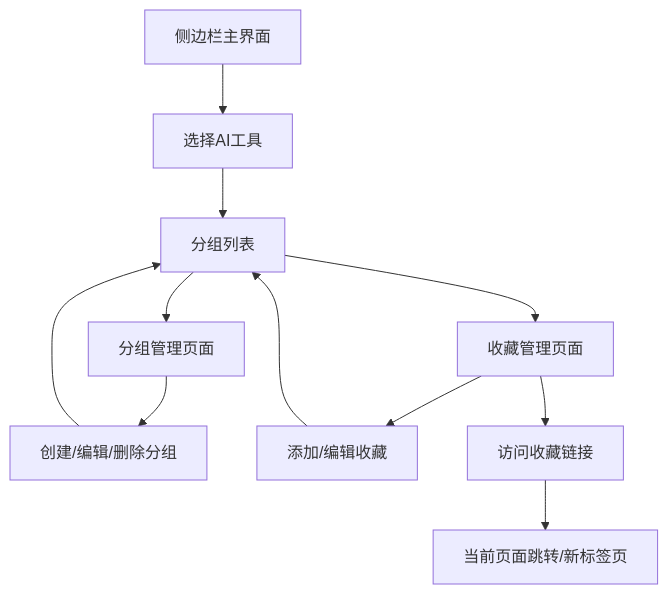
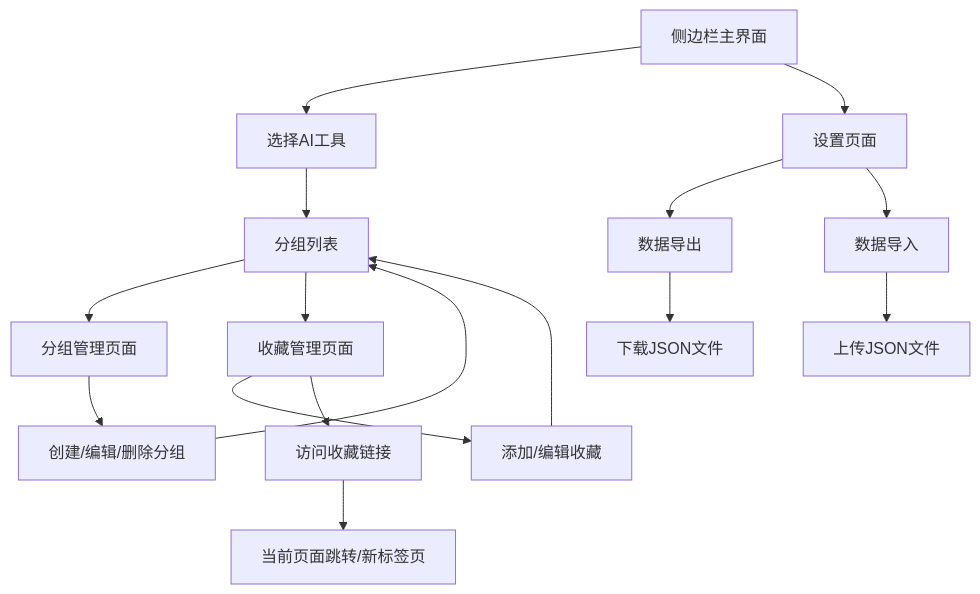
Before and after one commit to itchaox/AIChatGroup: the diagram in .trae/documents/AI工具分组管理插件需求文档.md, drawn with Mermaid. The commit also changed other lines of this file and 3 other files, not shown here.

````diff
--- a/.trae/documents/AI工具分组管理插件需求文档.md
+++ b/.trae/documents/AI工具分组管理插件需求文档.md
@@ -47,13 +51,18 @@
 ```mermaid
 graph TD
     A[侧边栏主界面] --> B[选择AI工具]
     B --> C[分组列表]
     C --> D[分组管理页面]
     C --> E[收藏管理页面]
+    A --> J[设置页面]
     D --> F[创建/编辑/删除分组]
     E --> G[添加/编辑收藏]
     E --> H[访问收藏链接]
+    J --> K[数据导出]
+    J --> L[数据导入]
+    K --> M[下载JSON文件]
+    L --> N[上传JSON文件]
     F --> C
     G --> C
     H --> I[当前页面跳转/新标签页]
 ```
````
